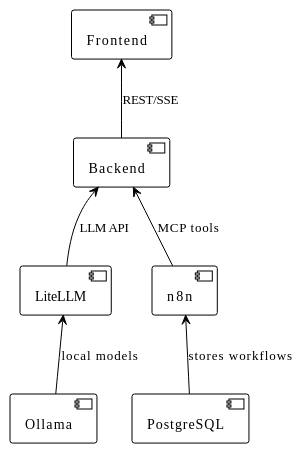
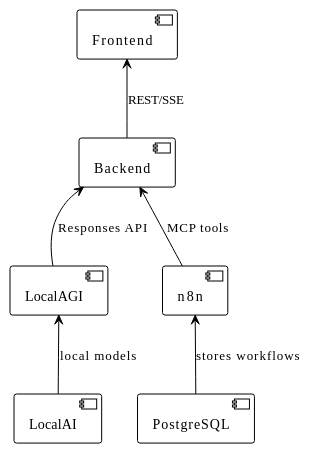
The second of 4 diagrams in docs/architecture/SYSTEM_OVERVIEW.md (masssi164/chatbot), drawn with PlantUML before and after one commit. The commit also changed other lines of this file and 20 other files, not shown here.

````diff
--- a/docs/architecture/SYSTEM_OVERVIEW.md
+++ b/docs/architecture/SYSTEM_OVERVIEW.md
@@ -93,19 +93,19 @@
 ```plantuml
 @startuml
 !theme plain
 
 component "PostgreSQL" as DB
 component "n8n" as N8N
-component "LiteLLM" as LLM
-component "Ollama" as OLL
+component "LocalAGI" as AGI
+component "LocalAI" as LAI
 component "Backend" as BE
 component "Frontend" as FE
 
 DB -up-> N8N : stores workflows
 N8N -up-> BE : MCP tools
-LLM -up-> BE : LLM API
-OLL -up-> LLM : local models
+AGI -up-> BE : Responses API
+LAI -up-> AGI : local models
 BE -up-> FE : REST/SSE
 
 @enduml
 ```
````
